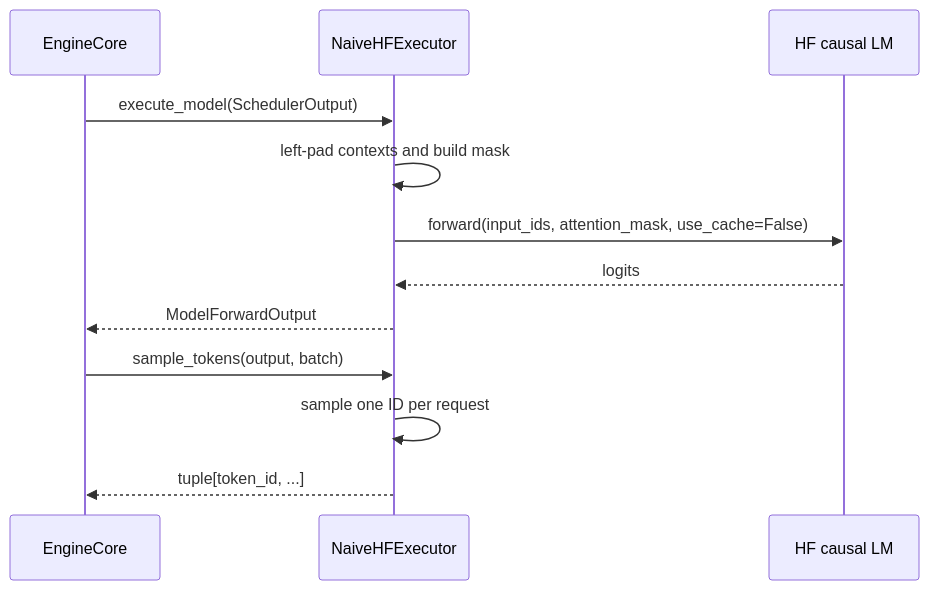
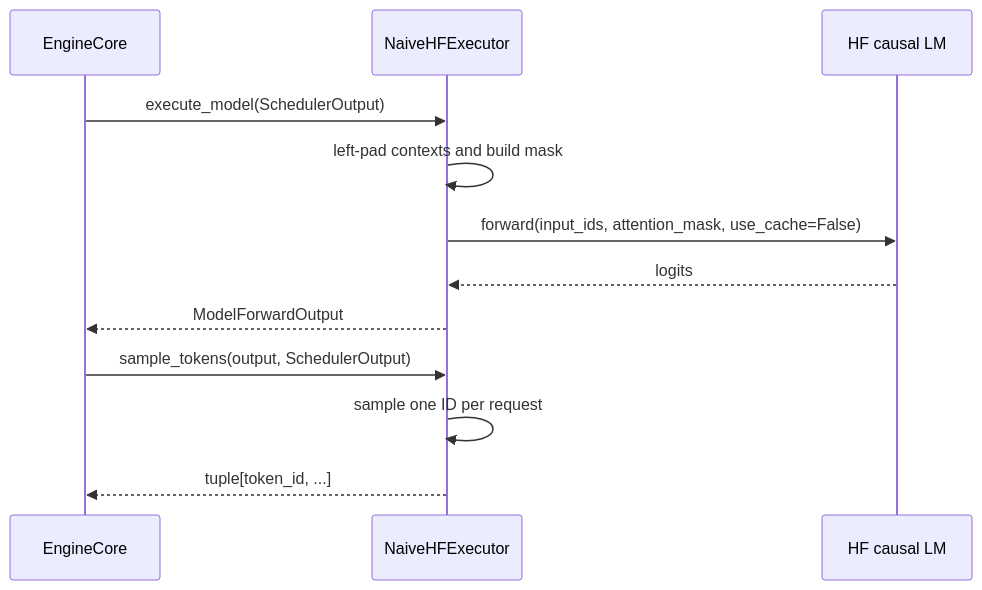
The second of 2 diagrams in docs/design/S3-naive_hf_executor.md (BigFaceMan/xTokens), drawn with Mermaid before and after one commit. The commit also changed other lines of this file and 4 other files, not shown here.

````diff
--- a/docs/design/S3-naive_hf_executor.md
+++ b/docs/design/S3-naive_hf_executor.md
@@ -41,15 +54,15 @@
 ```mermaid
 sequenceDiagram
     participant C as EngineCore
     participant E as NaiveHFExecutor
     participant M as HF causal LM
 
     C->>E: execute_model(SchedulerOutput)
     E->>E: left-pad contexts and build mask
     E->>M: forward(input_ids, attention_mask, use_cache=False)
     M-->>E: logits
     E-->>C: ModelForwardOutput
-    C->>E: sample_tokens(output, batch)
+    C->>E: sample_tokens(output, SchedulerOutput)
     E->>E: sample one ID per request
     E-->>C: tuple[token_id, ...]
 ```
````
